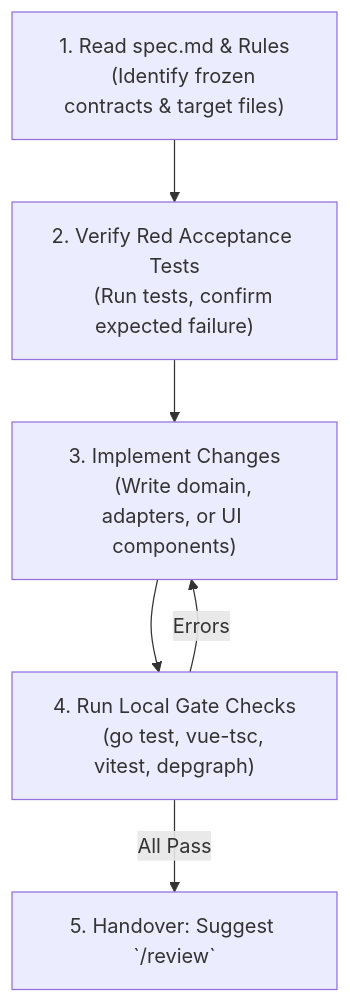
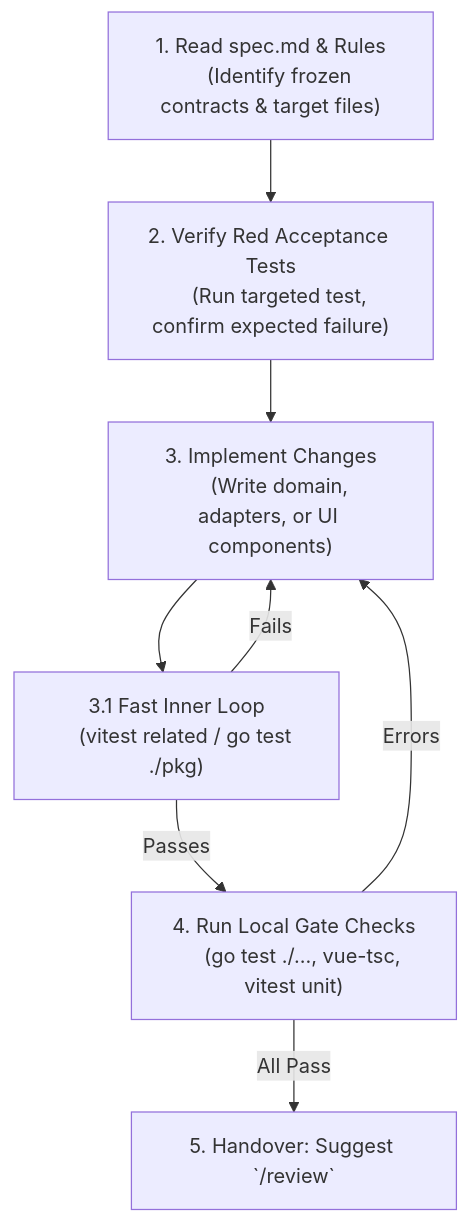
The diagram in .agents/skills/coder/SKILL.md (jiva-studio/numen), drawn with Mermaid before and after one commit. The commit also changed other lines of this file and 3 other files, not shown here.

First line of the commit message:
ci(repo): optimize test execution and remove blocking gate ceremonies (#500)

````diff
--- a/.agents/skills/coder/SKILL.md
+++ b/.agents/skills/coder/SKILL.md
@@ -10,12 +10,15 @@
 ```mermaid
 flowchart TD
     ReadSpec["1. Read spec.md & Rules
     (Identify frozen contracts & target files)"] --> VerifyRed["2. Verify Red Acceptance Tests
-    (Run tests, confirm expected failure)"]
+    (Run targeted test, confirm expected failure)"]
     VerifyRed --> Implement["3. Implement Changes
     (Write domain, adapters, or UI components)"]
-    Implement --> RunChecks["4. Run Local Gate Checks
-    (go test, vue-tsc, vitest, depgraph)"]
+    Implement --> InnerTDD["3.1 Fast Inner Loop
+    (vitest related / go test ./pkg)"]
+    InnerTDD -->|Fails| Implement
+    InnerTDD -->|Passes| RunChecks["4. Run Local Gate Checks
+    (go test ./..., vue-tsc, vitest unit)"]
     RunChecks -->|Errors| Implement
     RunChecks -->|All Pass| Handover["5. Handover: Suggest `/review`"]
 ```
````
